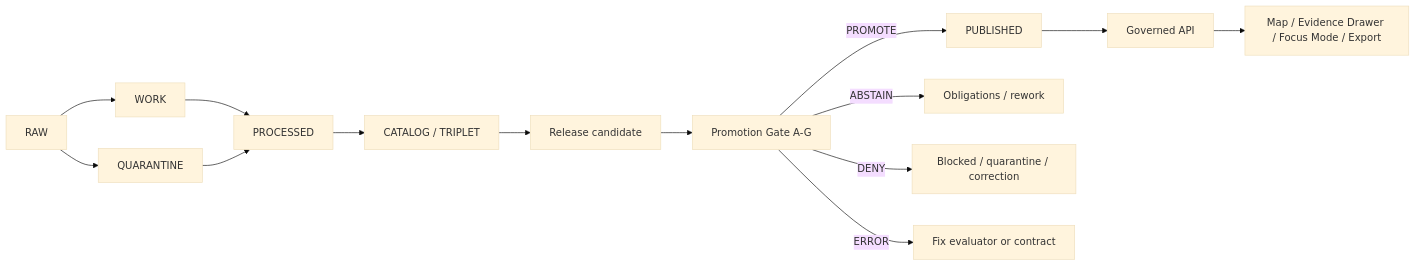
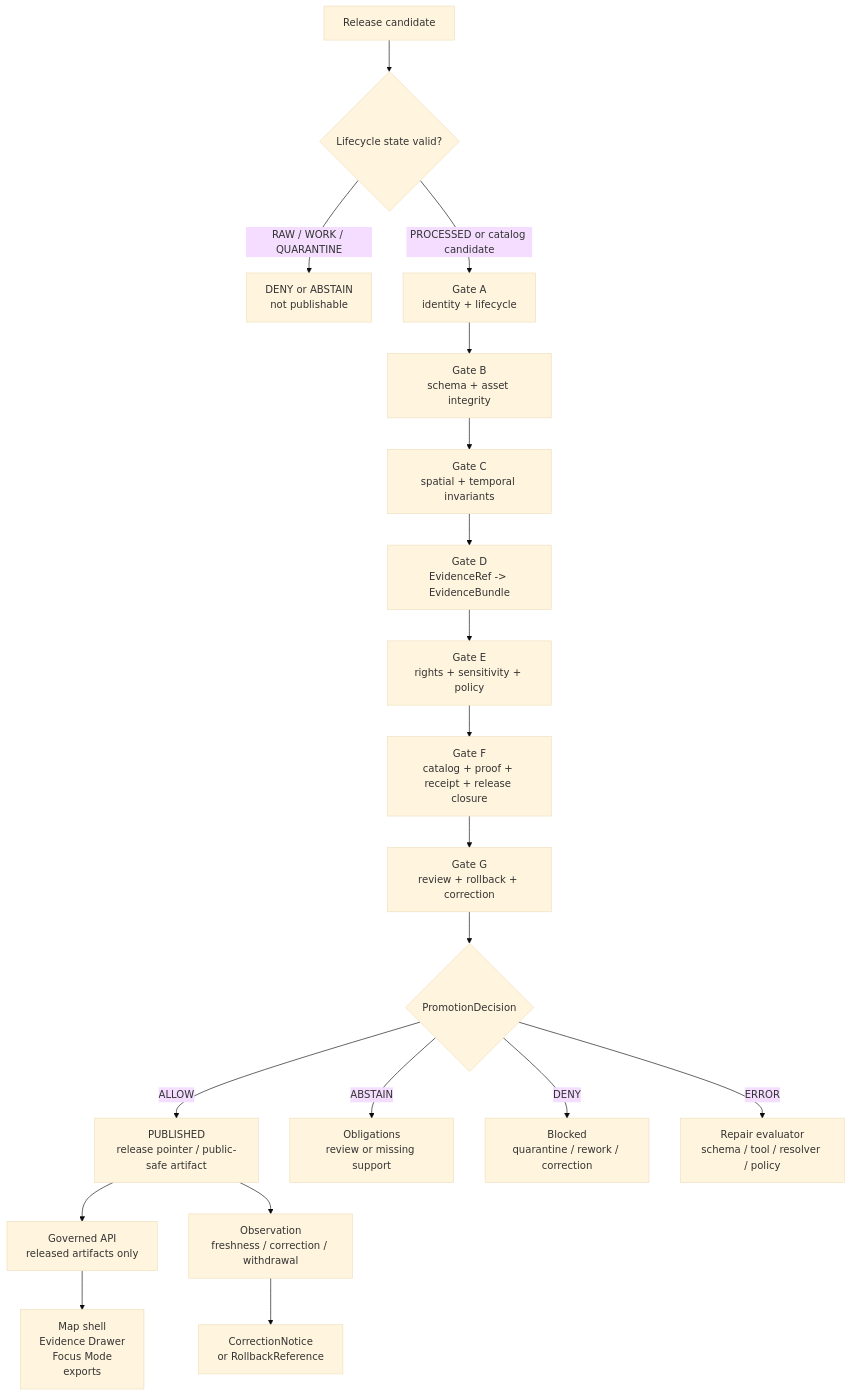
One commit to bartytime4life/Kansas-Frontier-Matrix changed the diagram in docs/adr/ADR-0005-promotion-gate.md. Above: the diagram before and after it, drawn with Mermaid (base theme). The commit also changed other lines of this file, not shown here.

````diff
--- a/docs/adr/ADR-0005-promotion-gate.md
+++ b/docs/adr/ADR-0005-promotion-gate.md
@@ -289,16 +263,24 @@
 ```mermaid
-flowchart LR
-    RAW[RAW] --> WORK[WORK]
-    RAW --> QUARANTINE[QUARANTINE]
-    WORK --> PROCESSED[PROCESSED]
-    QUARANTINE --> PROCESSED
-    PROCESSED --> CATALOG[CATALOG / TRIPLET]
-    CATALOG --> RC[Release candidate]
-    RC --> GATE[Promotion Gate A-G]
-    GATE -->|PROMOTE| PUBLISHED[PUBLISHED]
-    GATE -->|ABSTAIN| OBLIGATIONS[Obligations / rework]
-    GATE -->|DENY| BLOCKED[Blocked / quarantine / correction]
-    GATE -->|ERROR| REPAIR[Fix evaluator or contract]
-    PUBLISHED --> API[Governed API]
-    API --> UI[Map / Evidence Drawer / Focus Mode / Export]
+flowchart TD
+  A[Release candidate] --> B{Lifecycle state valid?}
+  B -->|RAW / WORK / QUARANTINE| X[DENY or ABSTAIN<br/>not publishable]
+  B -->|PROCESSED or catalog candidate| C[Gate A<br/>identity + lifecycle]
+
+  C --> D[Gate B<br/>schema + asset integrity]
+  D --> E[Gate C<br/>spatial + temporal invariants]
+  E --> F[Gate D<br/>EvidenceRef -> EvidenceBundle]
+  F --> G[Gate E<br/>rights + sensitivity + policy]
+  G --> H[Gate F<br/>catalog + proof + receipt + release closure]
+  H --> I[Gate G<br/>review + rollback + correction]
+
+  I --> J{PromotionDecision}
+  J -->|ALLOW| K[PUBLISHED<br/>release pointer / public-safe artifact]
+  J -->|ABSTAIN| L[Obligations<br/>review or missing support]
+  J -->|DENY| M[Blocked<br/>quarantine / rework / correction]
+  J -->|ERROR| N[Repair evaluator<br/>schema / tool / resolver / policy]
+
+  K --> O[Governed API<br/>released artifacts only]
+  O --> P[Map shell<br/>Evidence Drawer<br/>Focus Mode<br/>exports]
+  K --> Q[Observation<br/>freshness / correction / withdrawal]
+  Q --> R[CorrectionNotice<br/>or RollbackReference]
 ```
````
